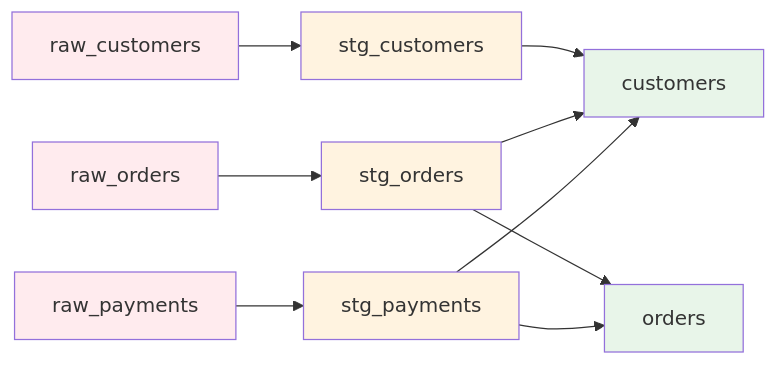
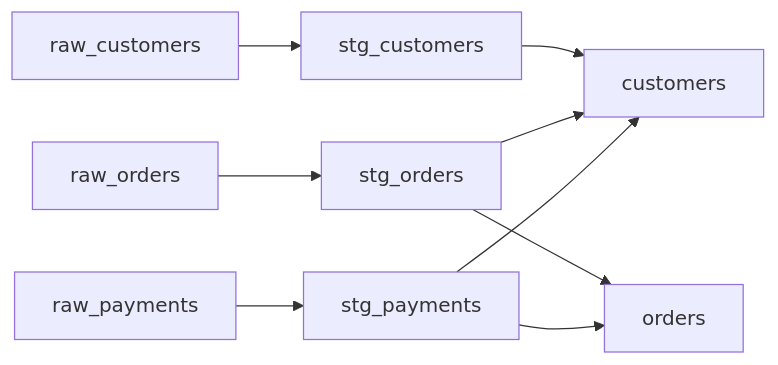
Before and after one commit to 1210yuichi0/1210yuichi0.github.io: the second of 2 diagrams in content/Tech/dbt/tutorials/tutorial-01-setup.md, drawn with Mermaid. The commit also changed other lines of this file and 22 other files, not shown here.

First line of the commit message:
style: remove Mermaid style directives for dark mode compatibility

````diff
--- a/content/Tech/dbt/tutorials/tutorial-01-setup.md
+++ b/content/Tech/dbt/tutorials/tutorial-01-setup.md
@@ -575,21 +571,13 @@
 ```mermaid
 flowchart LR
     A[raw_customers] --> B[stg_customers]
     C[raw_orders] --> D[stg_orders]
     E[raw_payments] --> F[stg_payments]
 
     B --> G[customers]
     D --> G
     D --> H[orders]
     F --> G
     F --> H
 
-    style A fill:#ffebee
-    style C fill:#ffebee
-    style E fill:#ffebee
-    style B fill:#fff3e0
-    style D fill:#fff3e0
-    style F fill:#fff3e0
-    style G fill:#e8f5e9
-    style H fill:#e8f5e9
 ```
````
